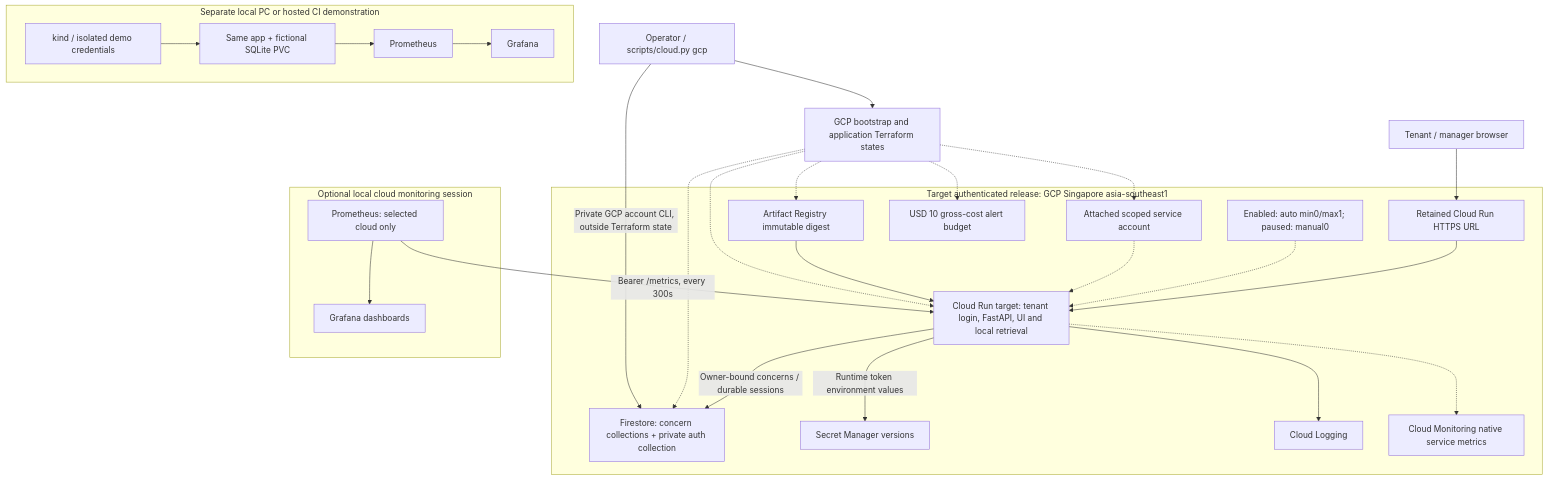
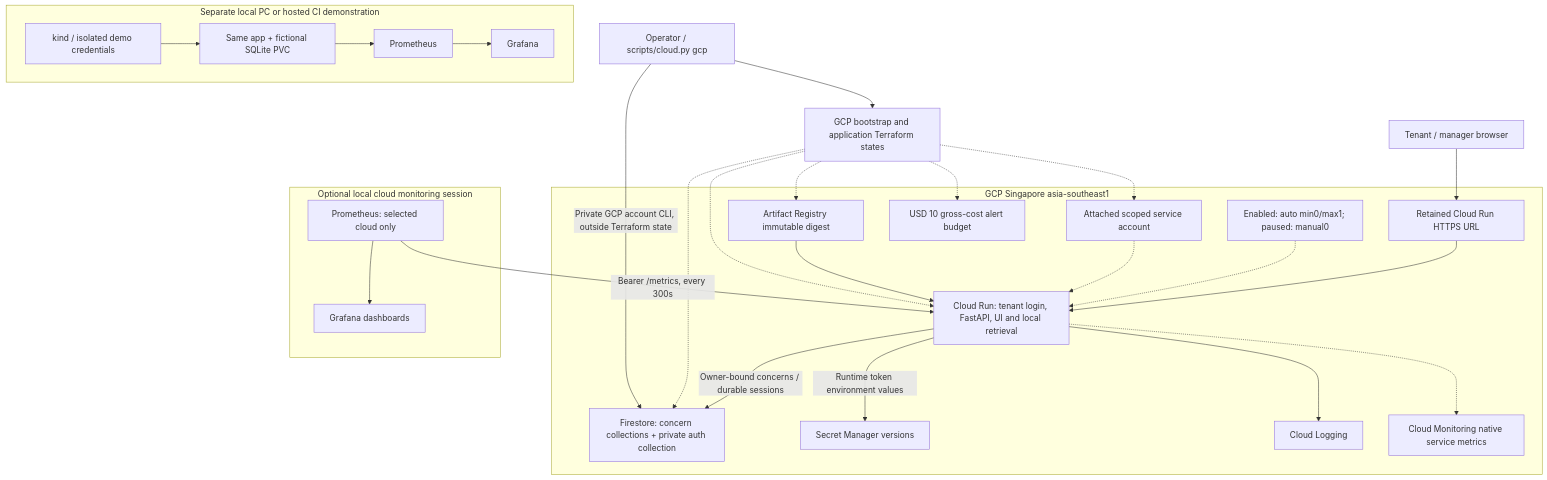
The diagram in docs/ARCHITECTURE_GCP.md (rishchaw/ticketpilot-apartments), drawn with Mermaid before and after one commit. The commit also changed other lines of this file and 29 other files, not shown here.

````diff
--- a/docs/ARCHITECTURE_GCP.md
+++ b/docs/ARCHITECTURE_GCP.md
@@ -7,30 +7,30 @@
 ```mermaid
 flowchart TB
     B["Tenant / manager browser"] --> URL["Retained Cloud Run HTTPS URL"]
-    subgraph GCP["Target authenticated release: GCP Singapore asia-southeast1"]
-        URL --> APP["Cloud Run target: tenant login, FastAPI, UI and local retrieval"]
+    subgraph GCP["GCP Singapore asia-southeast1"]
+        URL --> APP["Cloud Run: tenant login, FastAPI, UI and local retrieval"]
         MODE["Enabled: auto min0/max1; paused: manual0"] -.-> APP
         APP -->|"Owner-bound concerns / durable sessions"| DB["Firestore: concern collections + private auth collection"]
         APP -->|"Runtime token environment values"| SEC["Secret Manager versions"]
         SA["Attached scoped service account"] -.-> APP
         AR["Artifact Registry immutable digest"] --> APP
         APP --> LOG["Cloud Logging"]
         APP -.-> MET["Cloud Monitoring native service metrics"]
         BUD["USD 10 gross-cost alert budget"]
     end
     OP["Operator / scripts/cloud.py gcp"] --> TF["GCP bootstrap and application Terraform states"]
     TF -.-> AR
     TF -.-> APP
     TF -.-> DB
     TF -.-> SA
     TF -.-> BUD
     OP -->|"Private GCP account CLI, outside Terraform state"| DB
     subgraph OBS["Optional local cloud monitoring session"]
         CP["Prometheus: selected cloud only"] --> CG["Grafana dashboards"]
         CP -->|"Bearer /metrics, every 300s"| APP
     end
     subgraph LOCAL["Separate local PC or hosted CI demonstration"]
         K["kind / isolated demo credentials"] --> DA["Same app + fictional SQLite PVC"]
         DA --> P["Prometheus"] --> G["Grafana"]
     end
 ```
````
